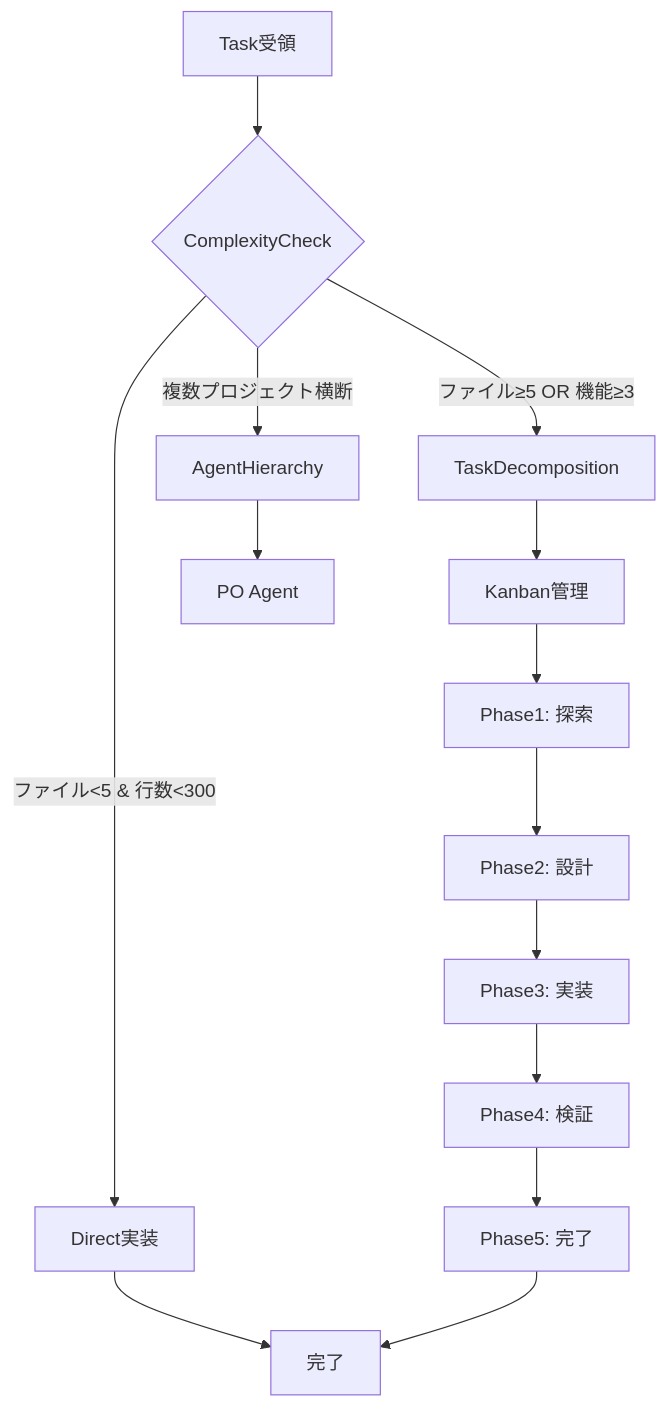
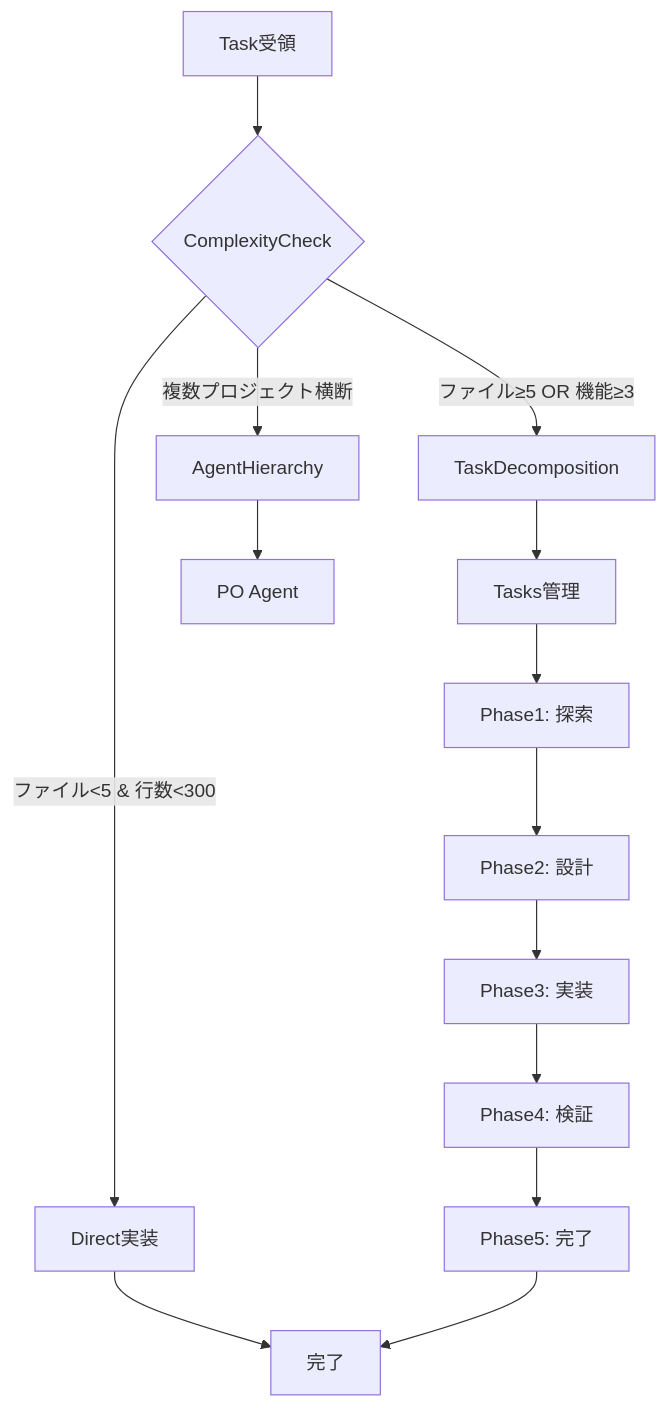
The first of 3 diagrams in claude-code/references/AGENT-FLOWCHART.md (DaichiHoshina/ai-tools), drawn with Mermaid before and after one commit. The commit also changed other lines of this file and 6 other files, not shown here.

````diff
--- a/claude-code/references/AGENT-FLOWCHART.md
+++ b/claude-code/references/AGENT-FLOWCHART.md
@@ -7,23 +7,23 @@
 ```mermaid
 flowchart TD
     Task[Task受領]
     CC{ComplexityCheck}
 
     Task --> CC
 
     CC -->|"ファイル<5 & 行数<300"| Simple[Direct実装]
     CC -->|"ファイル≥5 OR 機能≥3"| TD[TaskDecomposition]
     CC -->|"複数プロジェクト横断"| AH[AgentHierarchy]
 
     Simple --> Done[完了]
 
-    TD --> Kanban[Kanban管理]
-    Kanban --> Phase1[Phase1: 探索]
+    TD --> Tasks[Tasks管理]
+    Tasks --> Phase1[Phase1: 探索]
     Phase1 --> Phase2[Phase2: 設計]
     Phase2 --> Phase3[Phase3: 実装]
     Phase3 --> Phase4[Phase4: 検証]
     Phase4 --> Phase5[Phase5: 完了]
     Phase5 --> Done
 
     AH --> PO[PO Agent]
 ```
````
